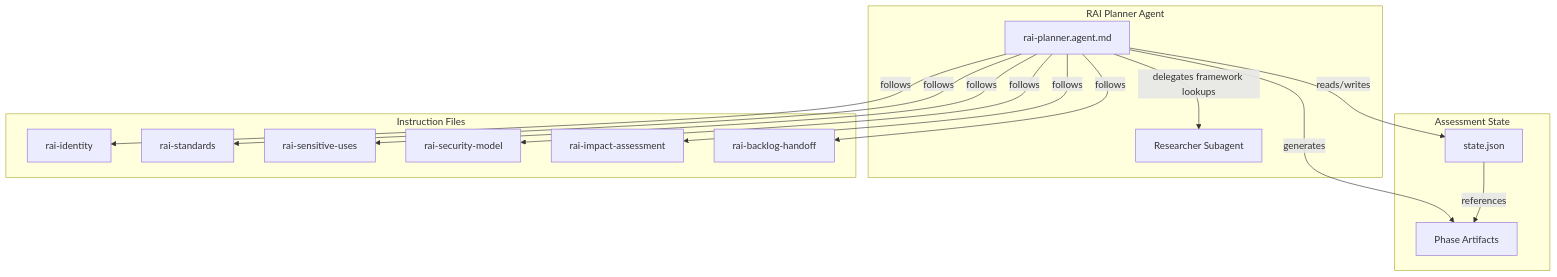
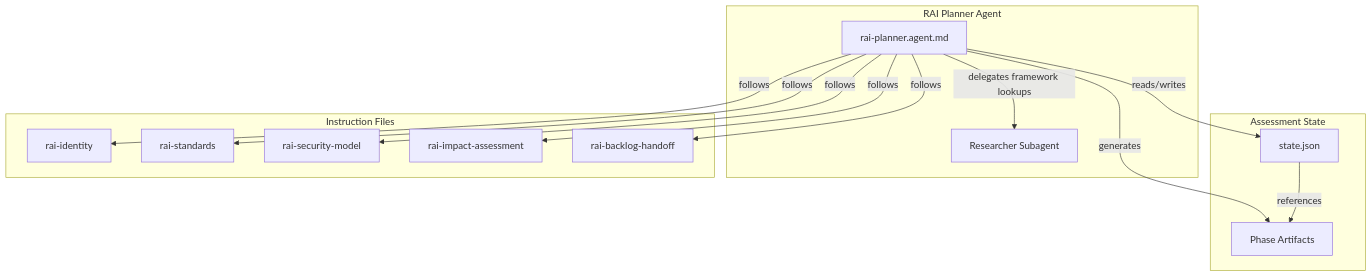
Before and after one commit to microsoft/hve-core: the diagram in docs/agents/rai-planning/agent-overview.md, drawn with Mermaid. The commit also changed other lines of this file and 37 other files, not shown here.

````diff
--- a/docs/agents/rai-planning/agent-overview.md
+++ b/docs/agents/rai-planning/agent-overview.md
@@ -23,32 +23,30 @@
 ```mermaid
 flowchart TD
   subgraph Agent ["RAI Planner Agent"]
     RP["rai-planner.agent.md"]
     RS["Researcher Subagent"]
     RP -->|"delegates framework lookups"| RS
   end
 
   subgraph State ["Assessment State"]
     SJ["state.json"]
     AF["Phase Artifacts"]
     SJ -->|"references"| AF
   end
 
   subgraph Instructions ["Instruction Files"]
     I1["rai-identity"]
     I2["rai-standards"]
-    I3["rai-sensitive-uses"]
-    I4["rai-security-model"]
-    I5["rai-impact-assessment"]
-    I6["rai-backlog-handoff"]
+    I3["rai-security-model"]
+    I4["rai-impact-assessment"]
+    I5["rai-backlog-handoff"]
   end
 
   RP -->|"reads/writes"| SJ
   RP -->|"generates"| AF
   RP -->|"follows"| I1
   RP -->|"follows"| I2
   RP -->|"follows"| I3
   RP -->|"follows"| I4
   RP -->|"follows"| I5
-  RP -->|"follows"| I6
 ```
````
